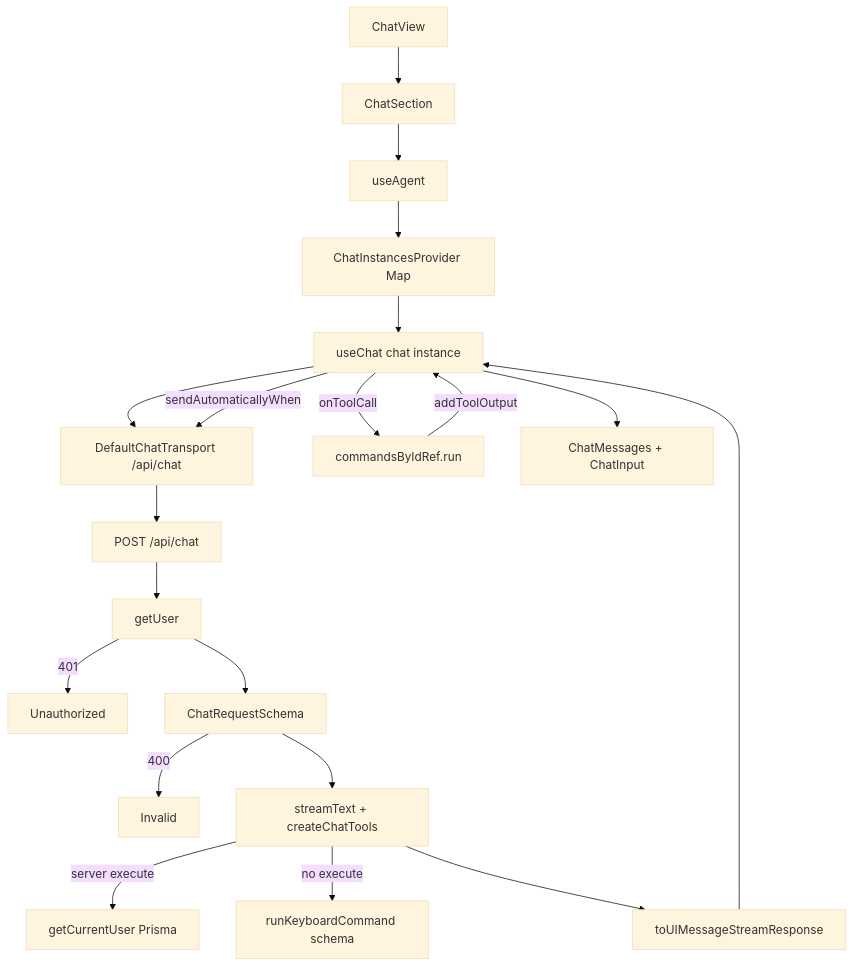
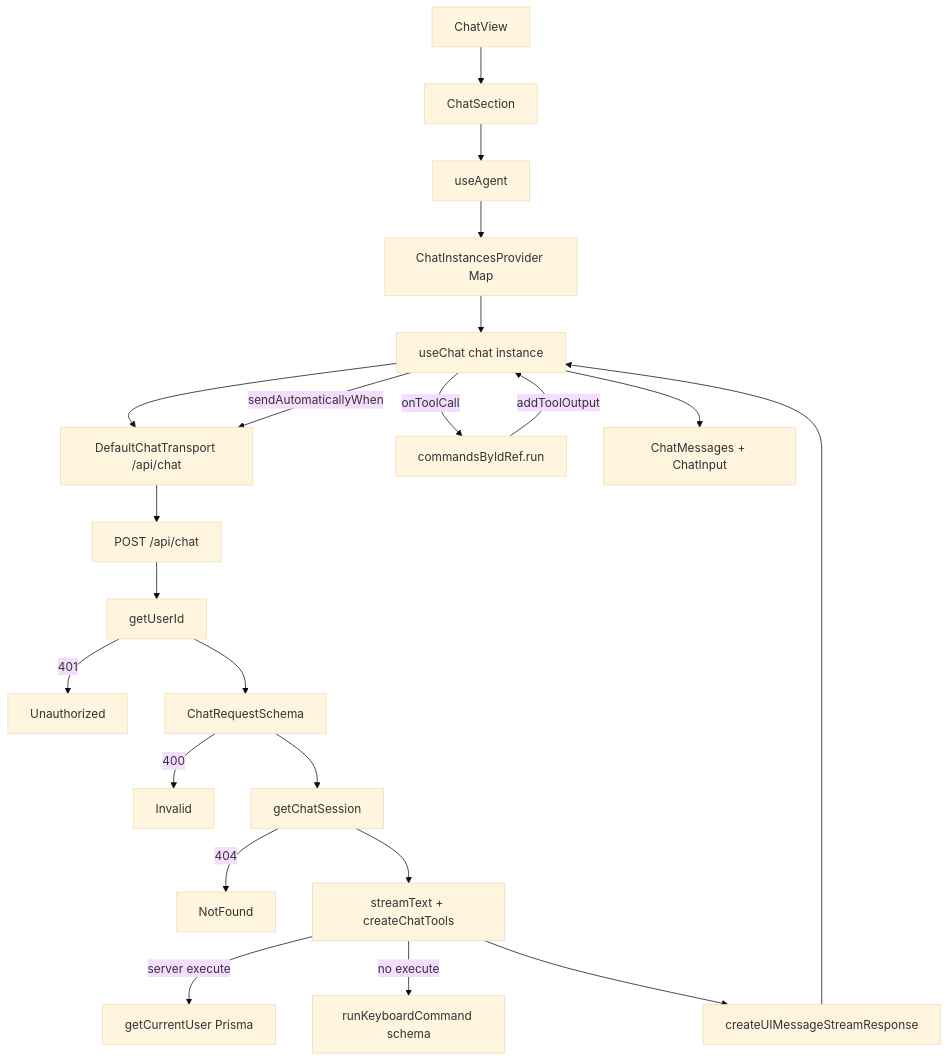
Before and after one commit to brandon-cercedo/root-next-template: the second of 4 diagrams in docs/chatbot.md, drawn with Mermaid (base theme). The commit also changed other lines of this file and 16 other files, not shown here.

First line of the commit message:
feat(RNT-90): stop favorite toggles from bumping chat session updatedAt (#55)

````diff
--- a/docs/chatbot.md
+++ b/docs/chatbot.md
@@ -67,22 +73,24 @@
 ```mermaid
 flowchart TD
   View["ChatView"] --> Section["ChatSection"]
   Section --> Hook["useAgent"]
   Hook --> Provider["ChatInstancesProvider Map"]
   Provider --> UseChat["useChat chat instance"]
   UseChat --> Transport["DefaultChatTransport /api/chat"]
   Transport --> Route["POST /api/chat"]
-  Route --> Auth["getUser"]
+  Route --> Auth["getUserId"]
   Auth -->|401| Unauthorized
   Auth --> Parse["ChatRequestSchema"]
   Parse -->|400| Invalid
-  Parse --> Stream["streamText + createChatTools"]
+  Parse --> Owner["getChatSession"]
+  Owner -->|404| NotFound
+  Owner --> Stream["streamText + createChatTools"]
   Stream -->|server execute| GetUser["getCurrentUser Prisma"]
   Stream -->|no execute| KbSchema["runKeyboardCommand schema"]
-  Stream --> UI["toUIMessageStreamResponse"]
+  Stream --> UI["createUIMessageStreamResponse"]
   UI --> UseChat
   UseChat -->|onToolCall| KbRun["commandsByIdRef.run"]
   KbRun -->|addToolOutput| UseChat
   UseChat -->|sendAutomaticallyWhen| Transport
   UseChat --> Messages["ChatMessages + ChatInput"]
 ```
````
